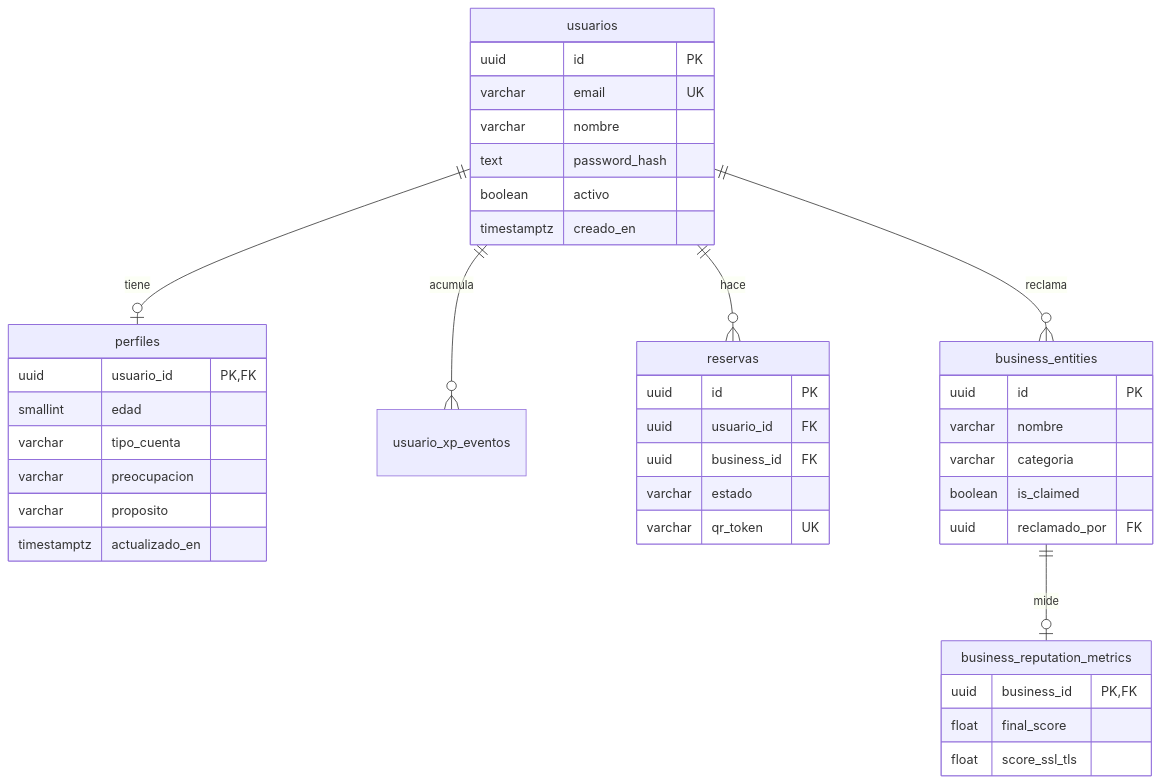
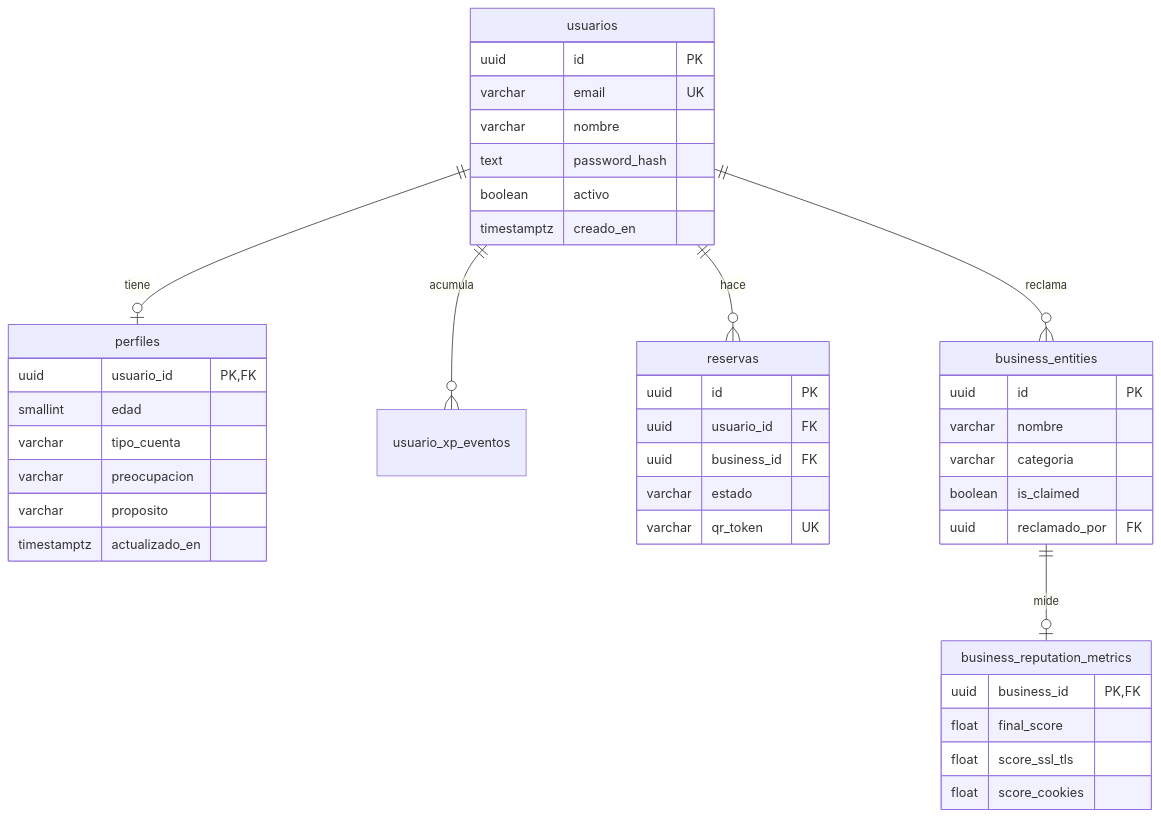
Before and after one commit to Nplandry/ServiChile: the diagram in servichile-backend/docs/modelo_datos.md, drawn with Mermaid. The commit also changed other lines of this file and 99 other files, not shown here.

````diff
--- a/servichile-backend/docs/modelo_datos.md
+++ b/servichile-backend/docs/modelo_datos.md
@@ -5,44 +5,45 @@
 ```mermaid
 erDiagram
     usuarios ||--o| perfiles : tiene
     usuarios ||--o{ usuario_xp_eventos : acumula
     usuarios ||--o{ reservas : hace
     usuarios ||--o{ business_entities : reclama
     business_entities ||--o| business_reputation_metrics : mide
 
     usuarios {
         uuid id PK
         varchar email UK
         varchar nombre
         text password_hash
         boolean activo
         timestamptz creado_en
     }
     perfiles {
         uuid usuario_id PK, FK
         smallint edad
         varchar tipo_cuenta
         varchar preocupacion
         varchar proposito
         timestamptz actualizado_en
     }
     business_entities {
         uuid id PK
         varchar nombre
         varchar categoria
         boolean is_claimed
         uuid reclamado_por FK
     }
     business_reputation_metrics {
         uuid business_id PK, FK
         float final_score
         float score_ssl_tls
+        float score_cookies
     }
     reservas {
         uuid id PK
         uuid usuario_id FK
         uuid business_id FK
         varchar estado
         varchar qr_token UK
     }
 ```
````
